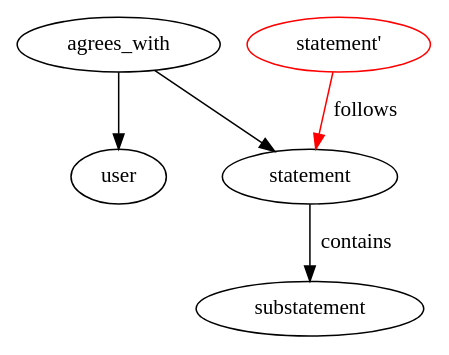
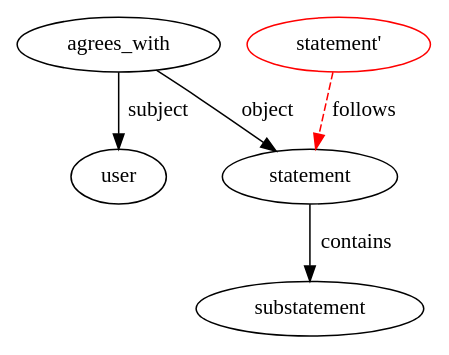
Before and after one commit to liqd/adhocracy3: the first of 5 diagrams in src/adhocracy.core/docs/supergraph.rst, drawn with Graphviz. The commit also changed other lines of this file, not shown here.

```diff
--- a/src/adhocracy.core/docs/supergraph.rst
+++ b/src/adhocracy.core/docs/supergraph.rst
@@ -109,9 +107,9 @@
 .. digraph:: graph_1
 
-    agrees_with -> user;
-    agrees_with -> statement;
+    agrees_with -> user [label = "subject"];
+    agrees_with -> statement [label = "object"];
     statement -> substatement [label = contains];
 
     node [color = red];
 
-    "statement'" -> statement [label = follows, color = red];
+    "statement'" -> statement [label = follows, color = red, style = dashed];
```
